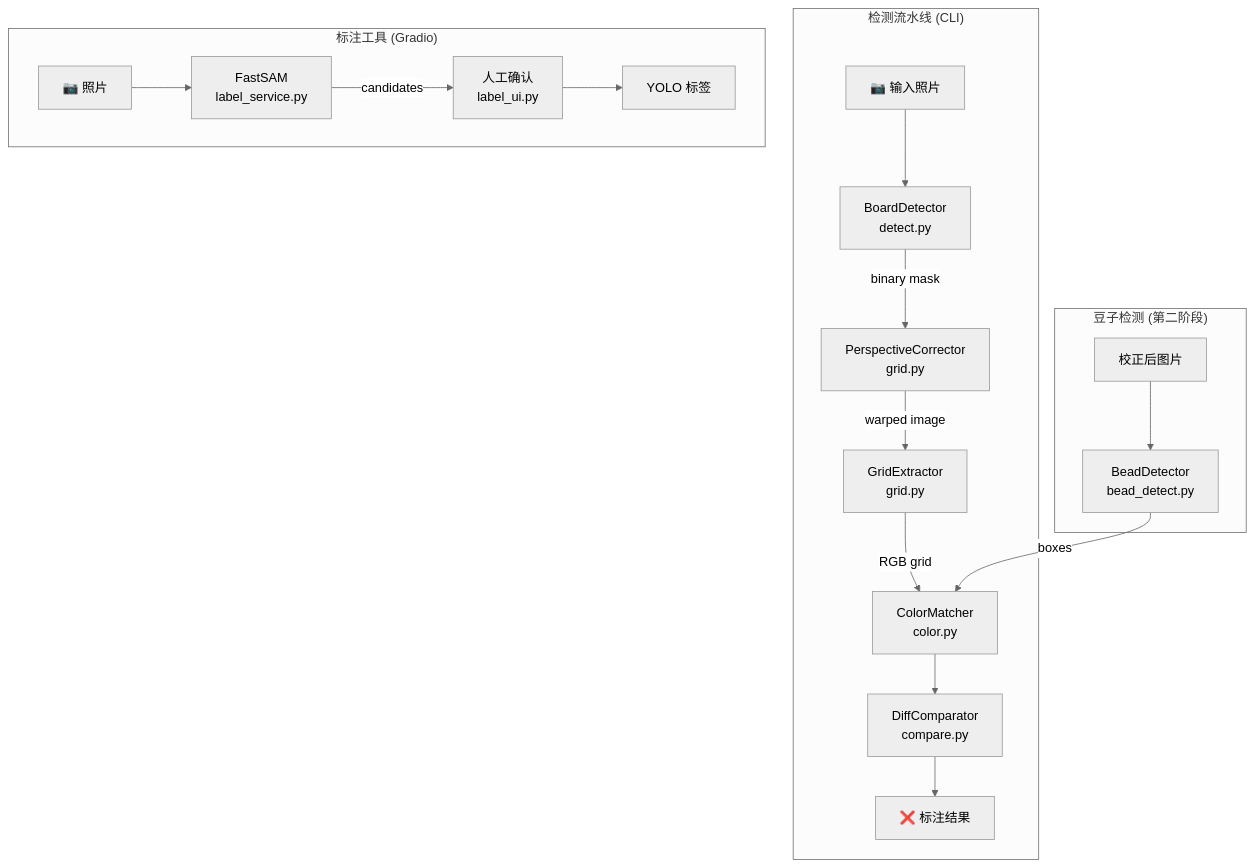
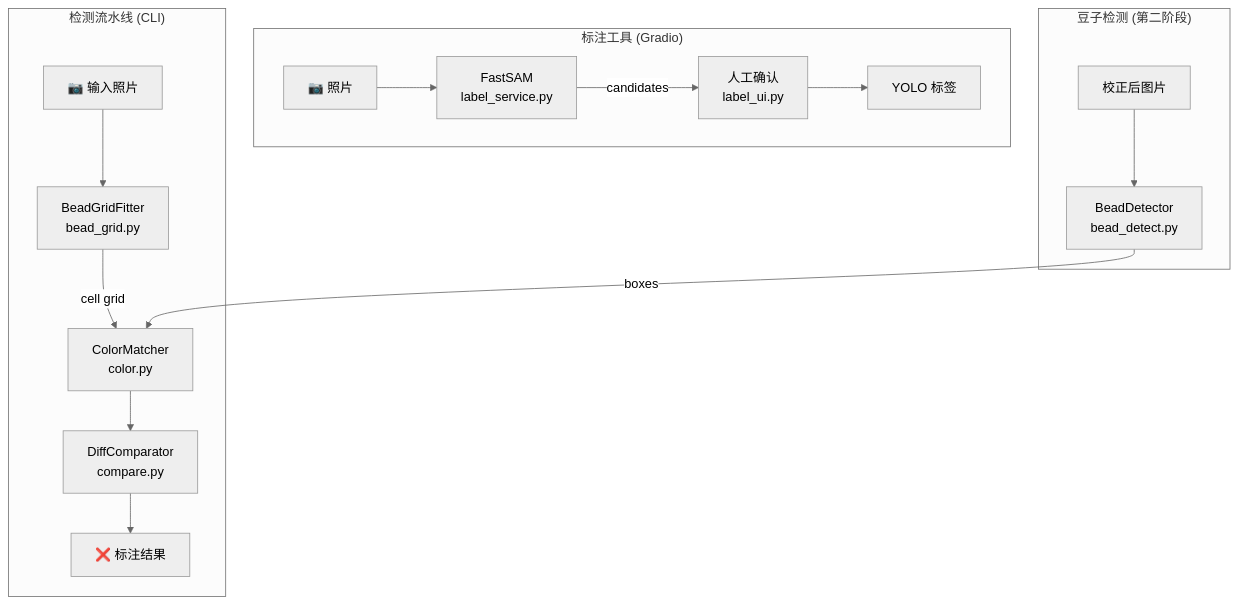
Before and after one commit to AnInteger/pintconut: the first of 2 diagrams in docs/obs/technical/architecture.md, drawn with Mermaid (neutral theme). The commit also changed other lines of this file and 7 other files, not shown here.

Commit message:
refactor: remove BoardDetector + edge_refiner, update docs

````diff
--- a/docs/obs/technical/architecture.md
+++ b/docs/obs/technical/architecture.md
@@ -14,22 +14,20 @@
 ```mermaid
 graph TB
     subgraph "检测流水线 (CLI)"
-        A["📷 输入照片"] --> B["BoardDetector<br>detect.py"]
-        B -->|"binary mask"| C["PerspectiveCorrector<br>grid.py"]
-        C -->|"warped image"| D["GridExtractor<br>grid.py"]
-        D -->|"RGB grid"| E["ColorMatcher<br>color.py"]
+        A["📷 输入照片"] --> B["BeadGridFitter<br>bead_grid.py"]
+        B -->|"cell grid"| E["ColorMatcher<br>color.py"]
         E --> F["DiffComparator<br>compare.py"]
         F --> G["❌ 标注结果"]
     end
 
     subgraph "标注工具 (Gradio)"
         H["📷 照片"] --> I["FastSAM<br>label_service.py"]
         I -->|"candidates"| J["人工确认<br>label_ui.py"]
         J --> K["YOLO 标签"]
     end
 
     subgraph "豆子检测 (第二阶段)"
         L["校正后图片"] --> M["BeadDetector<br>bead_detect.py"]
         M -->|"boxes"| E
     end
 ```
````
